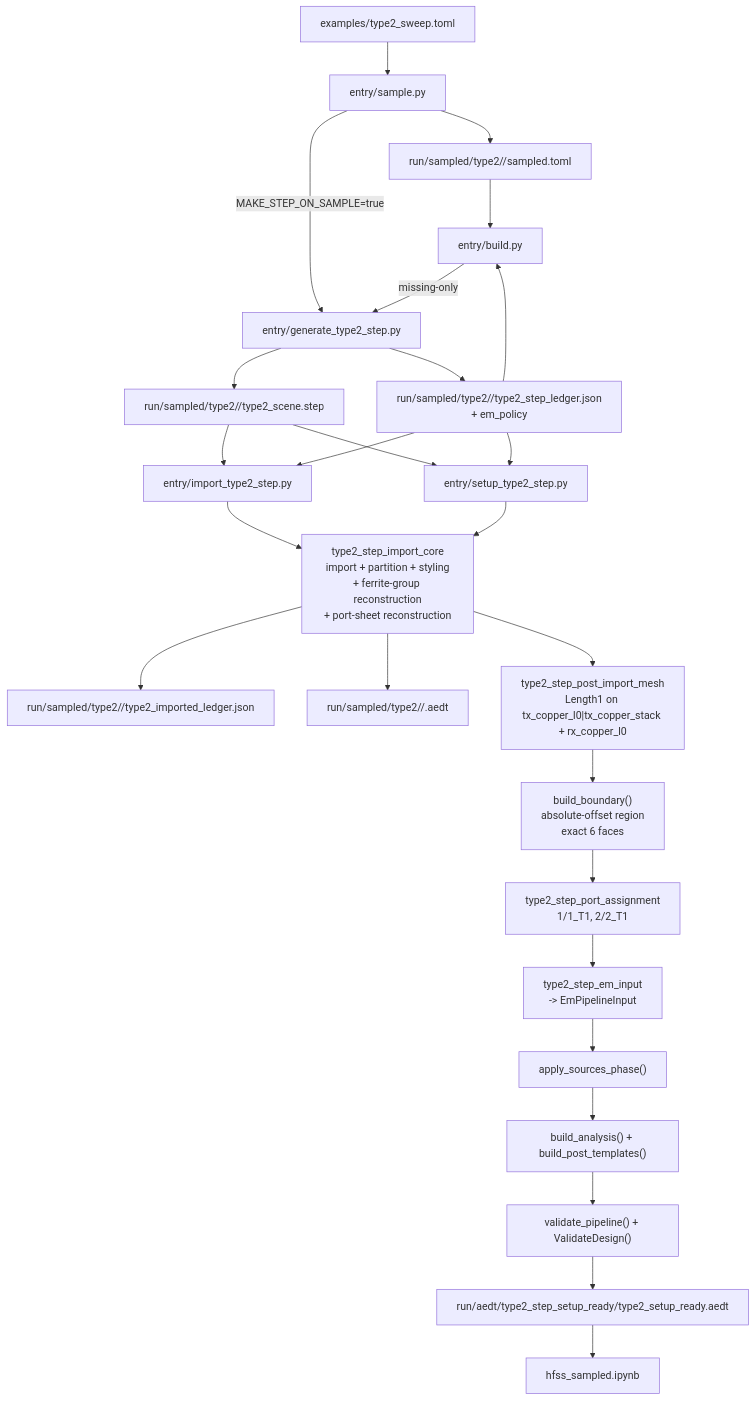
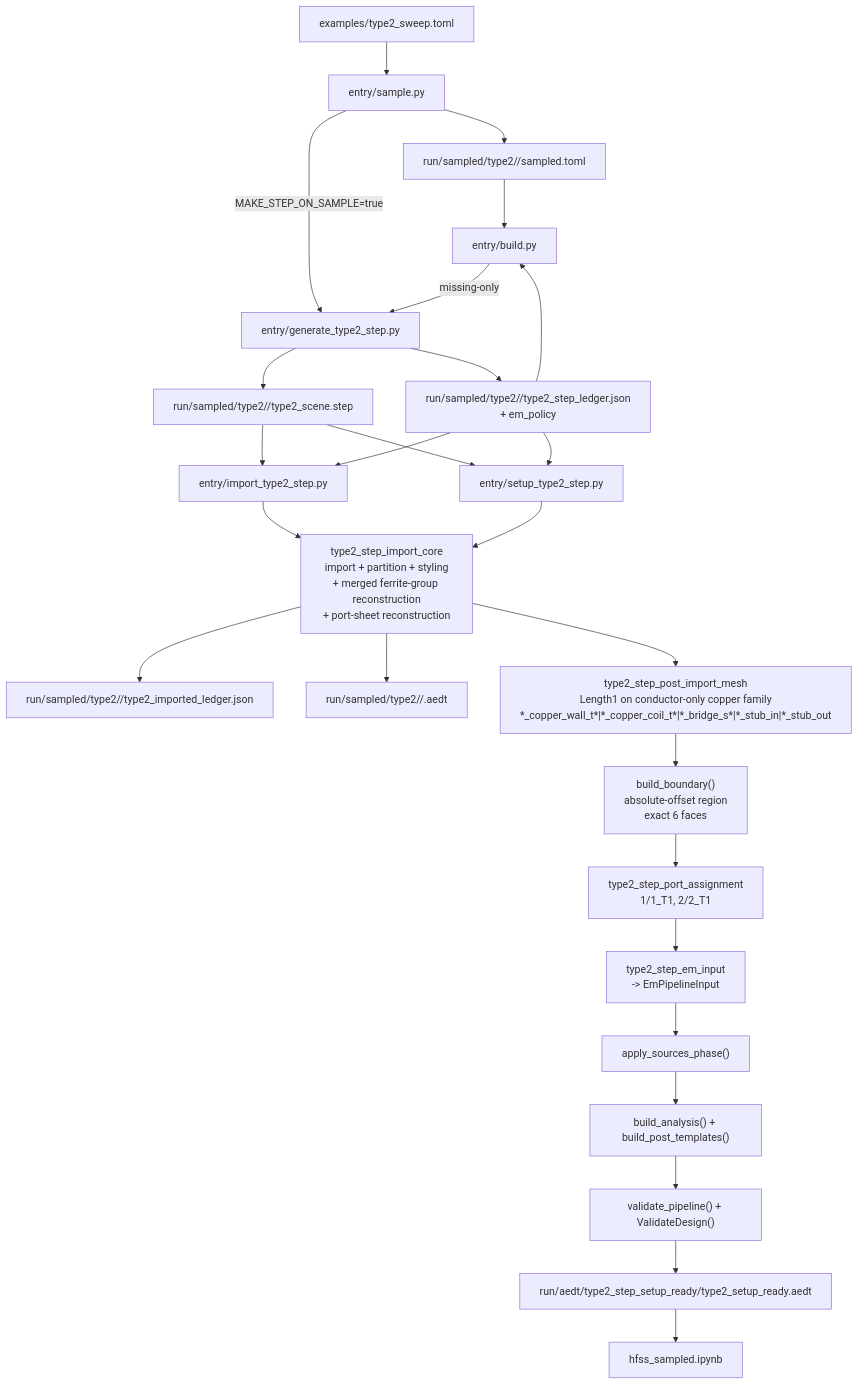
Before and after one commit to Glaysia/peetsfea: the diagram in sdd/diagrams/type2-step-to-em-validate-flow.md, drawn with Mermaid. The commit also changed other lines of this file and 13 other files, not shown here.

Commit message:
Enforce united type2 plate-stack STEP contract

````diff
--- a/sdd/diagrams/type2-step-to-em-validate-flow.md
+++ b/sdd/diagrams/type2-step-to-em-validate-flow.md
@@ -12,51 +12,51 @@
 ```mermaid
 flowchart TD
     Type2Toml["examples/type2_sweep.toml"]
     SampleEntry["entry/sample.py"]
     SampledToml["run/sampled/type2/<design_id>/sampled.toml"]
     BuildEntry["entry/build.py"]
     Export["entry/generate_type2_step.py"]
     StepScene["run/sampled/type2/<design_id>/type2_scene.step"]
     StepLedger["run/sampled/type2/<design_id>/type2_step_ledger.json\n+ em_policy"]
     ImportEntry["entry/import_type2_step.py"]
-    ImportCore["type2_step_import_core\nimport + partition + styling\n+ ferrite-group reconstruction\n+ port-sheet reconstruction"]
+    ImportCore["type2_step_import_core\nimport + partition + styling\n+ merged ferrite-group reconstruction\n+ port-sheet reconstruction"]
     ImportLedger["run/sampled/type2/<design_id>/type2_imported_ledger.json"]
     ImportAedt["run/sampled/type2/<design_id>/<design_id>.aedt"]
     SetupEntry["entry/setup_type2_step.py"]
-    Mesh["type2_step_post_import_mesh\nLength1 on tx_copper_l0|tx_copper_stack + rx_copper_l0"]
+    Mesh["type2_step_post_import_mesh\nLength1 on conductor-only copper family\n*_copper_wall_t*|*_copper_coil_t*|*_bridge_s*|*_stub_in|*_stub_out"]
     Boundary["build_boundary()\nabsolute-offset region\nexact 6 faces"]
     Ports["type2_step_port_assignment\n1/1_T1, 2/2_T1"]
     Adapter["type2_step_em_input\n-> EmPipelineInput"]
     Source["apply_sources_phase()"]
     Analysis["build_analysis() + build_post_templates()"]
     Validate["validate_pipeline() + ValidateDesign()"]
     SetupAedt["run/aedt/type2_step_setup_ready/type2_setup_ready.aedt"]
     Notebook["hfss_sampled.ipynb"]
 
     Type2Toml --> SampleEntry
     SampleEntry --> SampledToml
     SampleEntry -->|MAKE_STEP_ON_SAMPLE=true| Export
     Export --> StepScene
     Export --> StepLedger
     SampledToml --> BuildEntry
     StepLedger --> BuildEntry
     BuildEntry -->|missing-only| Export
     StepScene --> ImportEntry
     StepLedger --> ImportEntry
     ImportEntry --> ImportCore
     ImportCore --> ImportLedger
     ImportCore --> ImportAedt
 
     StepScene --> SetupEntry
     StepLedger --> SetupEntry
     SetupEntry --> ImportCore
     ImportCore --> Mesh
     Mesh --> Boundary
     Boundary --> Ports
     Ports --> Adapter
     Adapter --> Source
     Source --> Analysis
     Analysis --> Validate
     Validate --> SetupAedt
     SetupAedt --> Notebook
 ```
````
